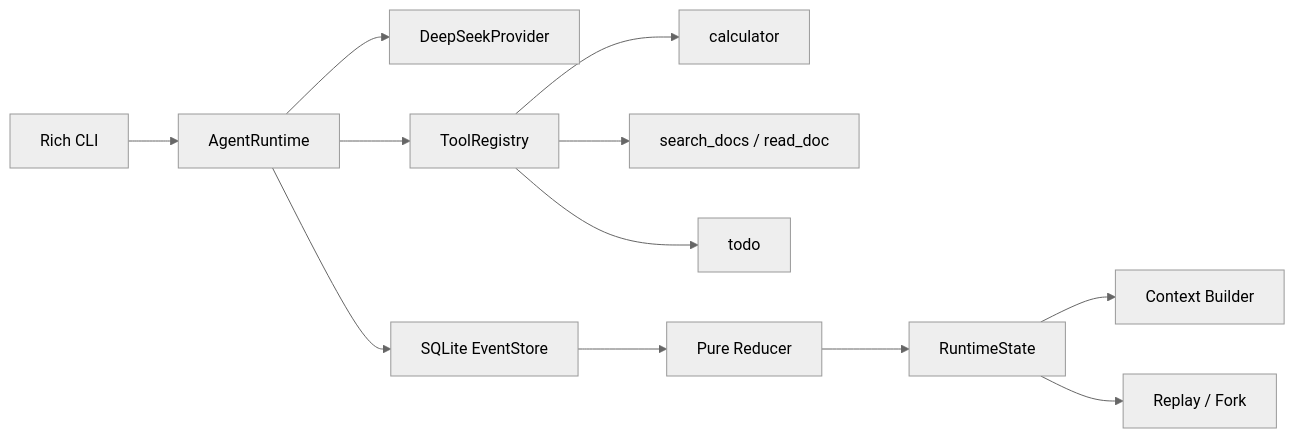
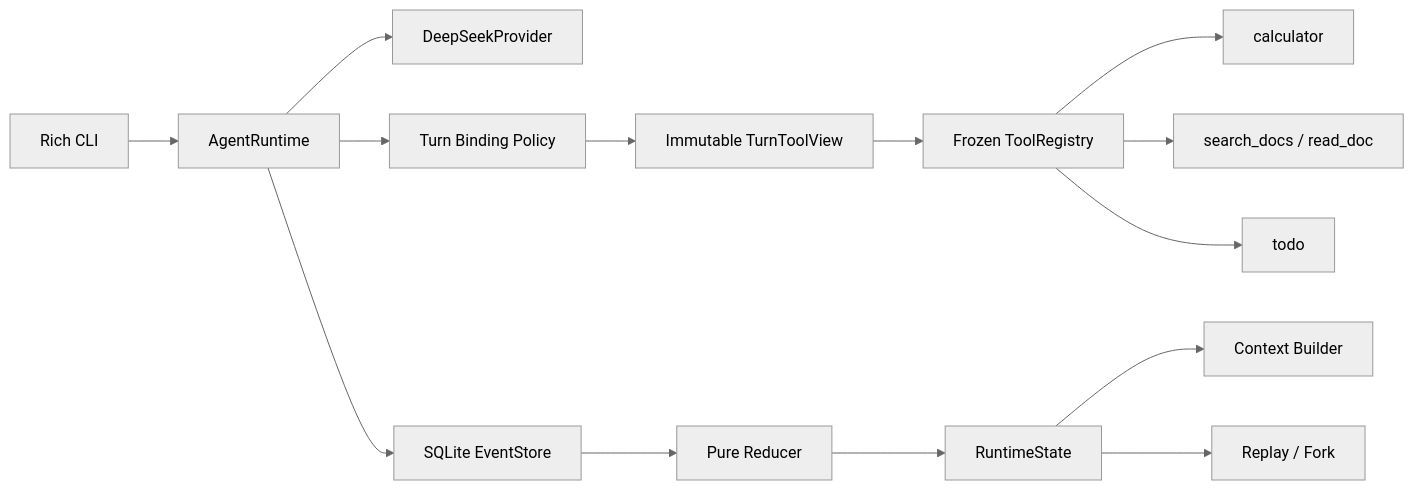
Before and after one commit to lcwsnb/glassbox-agent: the first of 2 diagrams in README.md, drawn with Mermaid (neutral theme). The commit also changed other lines of this file and 15 other files, not shown here.

Commit message:
feat: add turn-scoped tool binding

````diff
--- a/README.md
+++ b/README.md
@@ -107,14 +108,16 @@
 ```mermaid
 flowchart LR
     U["Rich CLI"] --> R["AgentRuntime"]
     R --> P["DeepSeekProvider"]
-    R --> T["ToolRegistry"]
+    R --> B["Turn Binding Policy"]
+    B --> V["Immutable TurnToolView"]
+    V --> T["Frozen ToolRegistry"]
     T --> C["calculator"]
     T --> S["search_docs / read_doc"]
     T --> D["todo"]
     R --> E["SQLite EventStore"]
     E --> X["Pure Reducer"]
     X --> ST["RuntimeState"]
     ST --> CT["Context Builder"]
     ST --> RP["Replay / Fork"]
 ```
````
